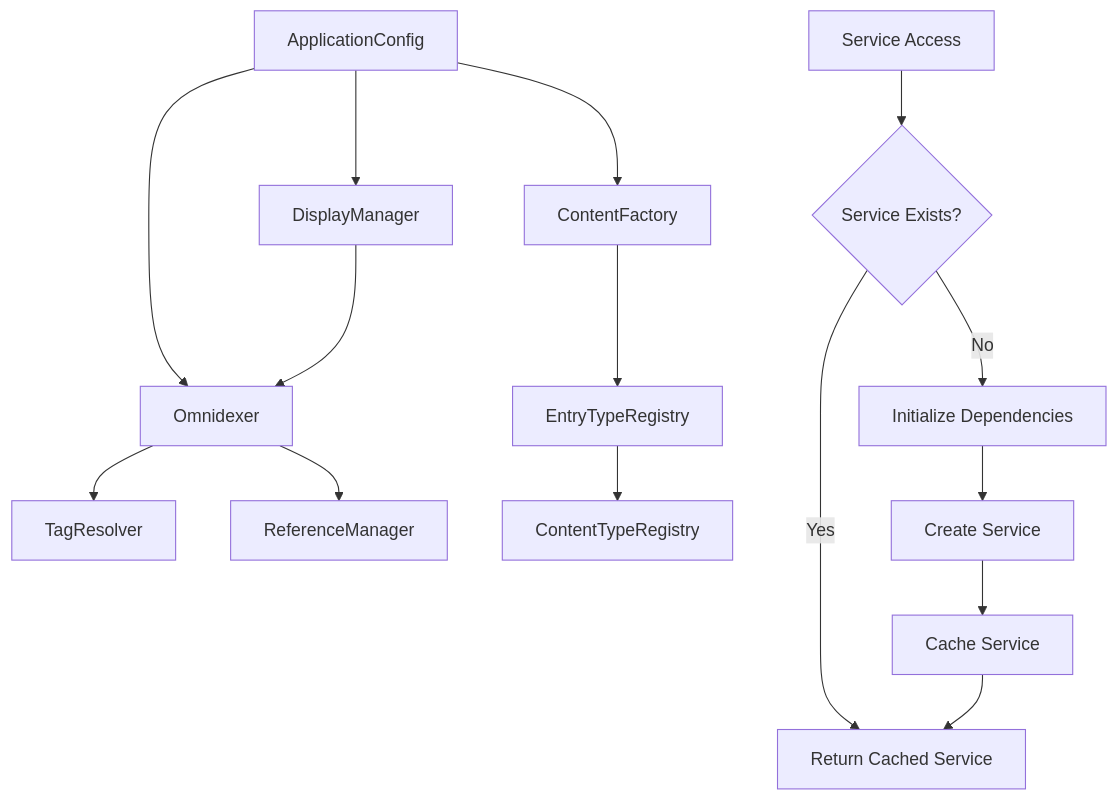
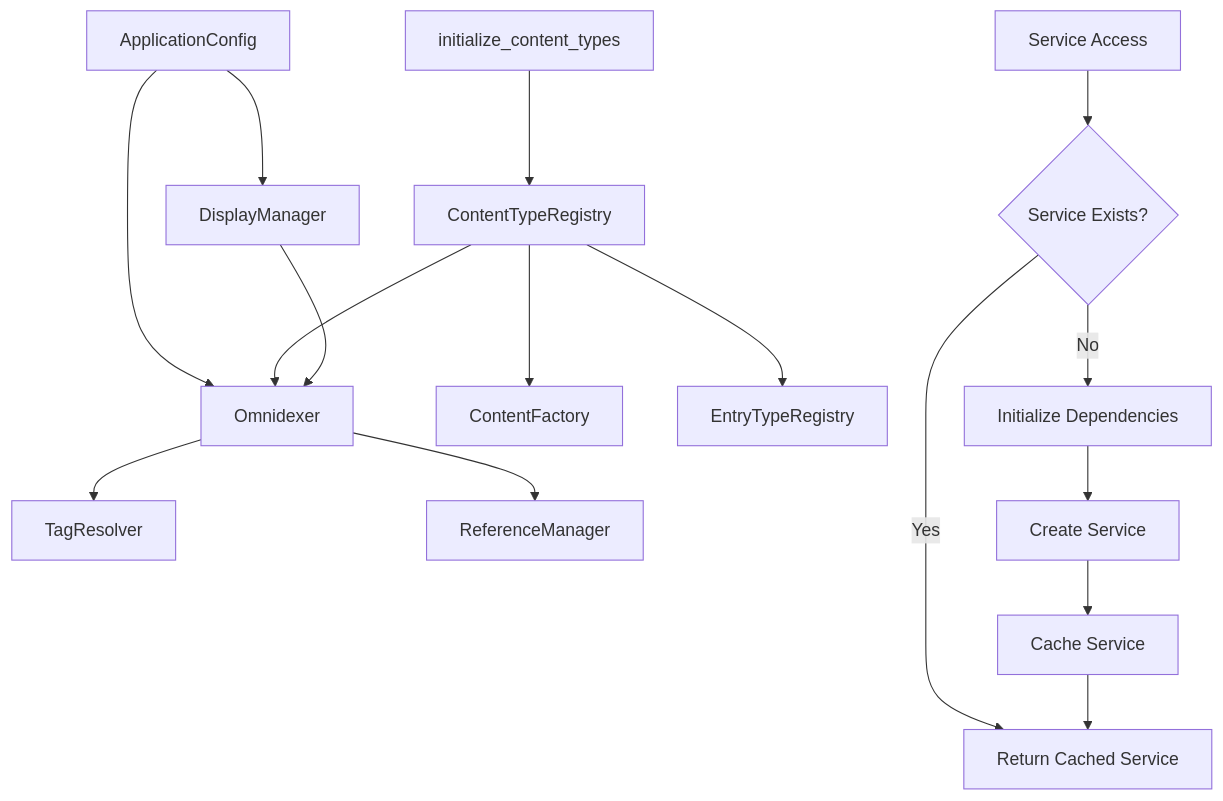
The second of 2 diagrams in docs/source/developer/system-guide/service-container.md (sargeant/studiorum), drawn with Mermaid before and after one commit. The commit also changed other lines of this file and 8 other files, not shown here.

First line of the commit message:
docs: complete ContentType migration documentation updates

````diff
--- a/docs/source/developer/system-guide/service-container.md
+++ b/docs/source/developer/system-guide/service-container.md
@@ -243,20 +289,21 @@
 ```mermaid
 graph TD
     A[ApplicationConfig] --> B[DisplayManager]
     A --> C[Omnidexer]
-    A --> D[ContentFactory]
+
+    H[ContentTypeRegistry] --> D[ContentFactory]
+    H --> C
+    H --> G[EntryTypeRegistry]
 
     B --> C
     C --> E[TagResolver]
     C --> F[ReferenceManager]
 
-    D --> G[EntryTypeRegistry]
-    G --> H[ContentTypeRegistry]
-
-    I[Service Access] --> J{Service Exists?}
-    J -->|No| K[Initialize Dependencies]
-    J -->|Yes| L[Return Cached Service]
-    K --> M[Create Service]
-    M --> N[Cache Service]
-    N --> L
+    I[initialize_content_types] --> H
+    J[Service Access] --> K{Service Exists?}
+    K -->|No| L[Initialize Dependencies]
+    K -->|Yes| M[Return Cached Service]
+    L --> N[Create Service]
+    N --> O[Cache Service]
+    O --> M
 ```
````
